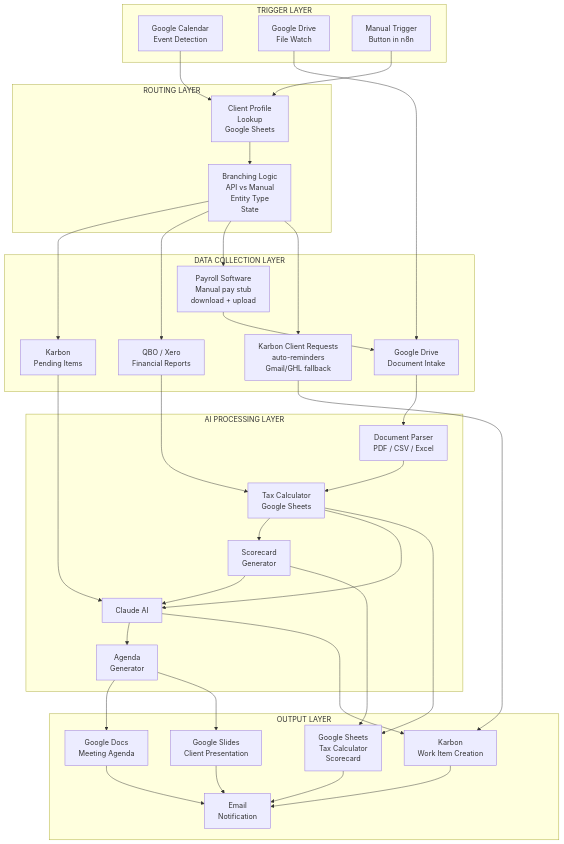
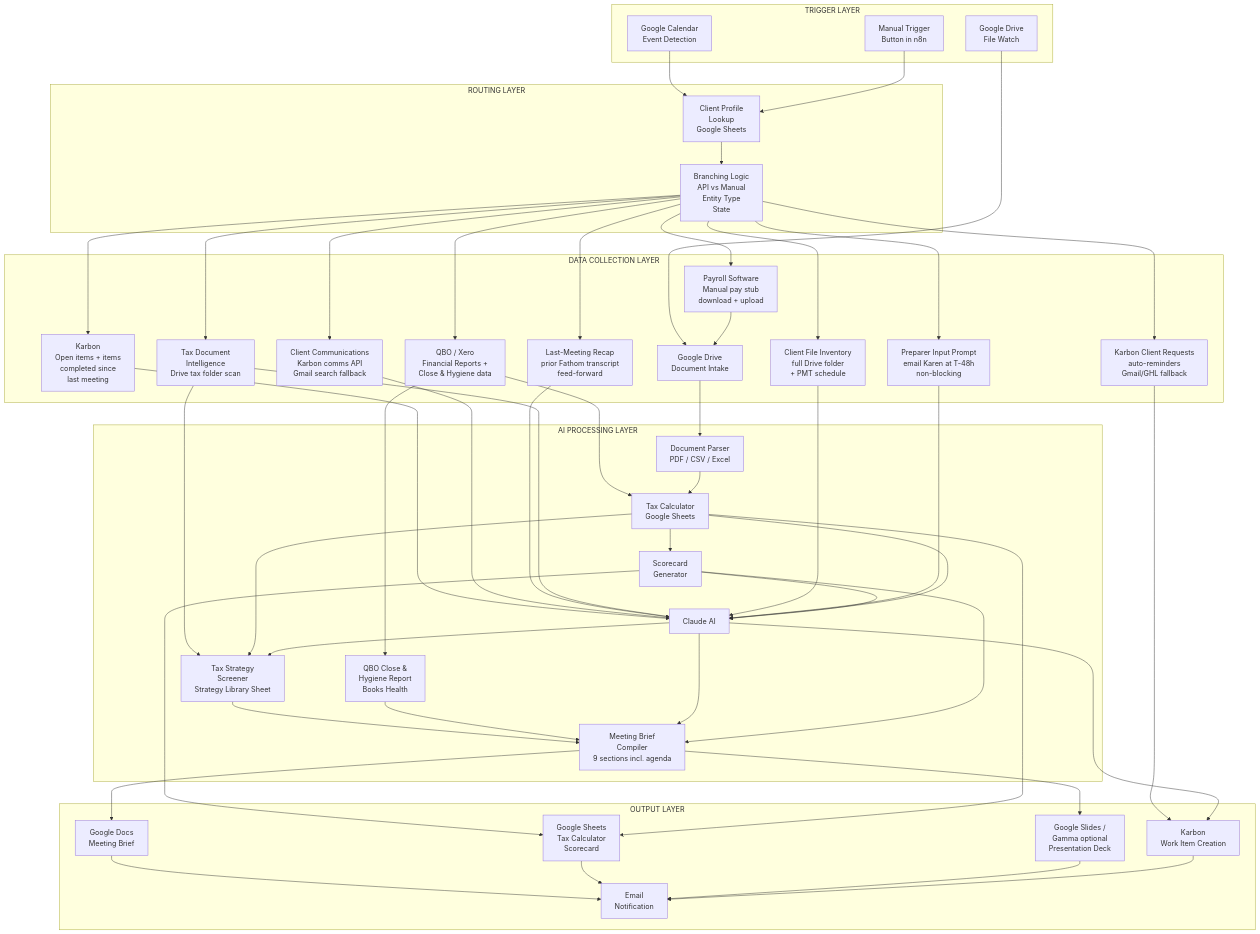
Before and after one commit to dkinvestments-art/n8n: the third of 27 diagrams in docs/quarterly-meeting-automation/05-Comprehensive-Workflow-Documentation.md, drawn with Mermaid. The commit also changed other lines of this file, not shown here.

First line of the commit message:
docs: Upgrade comprehensive workflow doc to v2.0 full client intelligence

```diff
--- a/docs/quarterly-meeting-automation/05-Comprehensive-Workflow-Documentation.md
+++ b/docs/quarterly-meeting-automation/05-Comprehensive-Workflow-Documentation.md
@@ -178,11 +197,16 @@
     end
 
     subgraph COLLECTION["DATA COLLECTION LAYER"]
-        KARBON[Karbon<br/>Pending Items]
-        QBO[QBO / Xero<br/>Financial Reports]
+        KARBON[Karbon<br/>Open items + items<br/>completed since<br/>last meeting]
+        QBO[QBO / Xero<br/>Financial Reports +<br/>Close & Hygiene data]
         PAYROLL[Payroll Software<br/>Manual pay stub<br/>download + upload]
         EMAIL[Karbon Client Requests<br/>auto-reminders<br/>Gmail/GHL fallback]
         INTAKE[Google Drive<br/>Document Intake]
+        COMMS[Client Communications<br/>Karbon comms API<br/>Gmail search fallback]
+        RECAP[Last-Meeting Recap<br/>prior Fathom transcript<br/>feed-forward]
+        TAXDOCS[Tax Document<br/>Intelligence<br/>Drive tax folder scan]
+        INVENTORY[Client File Inventory<br/>full Drive folder<br/>+ PMT schedule]
+        KAREN_IN[Preparer Input Prompt<br/>email Karen at T-48h<br/>non-blocking]
     end
 
     subgraph PROCESSING["AI PROCESSING LAYER"]
@@ -190,13 +214,15 @@
         PARSE[Document Parser<br/>PDF / CSV / Excel]
         CALC[Tax Calculator<br/>Google Sheets]
         SCORE[Scorecard<br/>Generator]
-        AGENDA[Agenda<br/>Generator]
+        SCREENER[Tax Strategy<br/>Screener<br/>Strategy Library Sheet]
+        HYGIENE[QBO Close &<br/>Hygiene Report<br/>Books Health]
+        BRIEF[Meeting Brief<br/>Compiler<br/>9 sections incl. agenda]
     end
 
     subgraph OUTPUT["OUTPUT LAYER"]
-        GDOC[Google Docs<br/>Meeting Agenda]
+        GDOC[Google Docs<br/>Meeting Brief]
         GSHEET[Google Sheets<br/>Tax Calculator<br/>Scorecard]
-        GSLIDE[Google Slides<br/>Client Presentation]
+        GSLIDE[Google Slides /<br/>Gamma optional<br/>Presentation Deck]
         KARBON_WI[Karbon<br/>Work Item Creation]
         NOTIFY[Email<br/>Notification]
     end
@@ -209,18 +235,35 @@
     BRANCH --> QBO
     BRANCH --> PAYROLL
     BRANCH --> EMAIL
+    BRANCH --> COMMS
+    BRANCH --> RECAP
+    BRANCH --> TAXDOCS
+    BRANCH --> INVENTORY
+    BRANCH --> KAREN_IN
     PAYROLL --> INTAKE
     INTAKE --> PARSE
     KARBON --> CLAUDE
     QBO --> CALC
+    QBO --> HYGIENE
     PARSE --> CALC
     EMAIL --> KARBON_WI
+    COMMS --> CLAUDE
+    RECAP --> CLAUDE
+    TAXDOCS --> CLAUDE
+    INVENTORY --> CLAUDE
+    KAREN_IN --> CLAUDE
     CALC --> SCORE
     CALC --> CLAUDE
     SCORE --> CLAUDE
-    CLAUDE --> AGENDA
-    AGENDA --> GDOC
-    AGENDA --> GSLIDE
+    TAXDOCS --> SCREENER
+    CALC --> SCREENER
+    CLAUDE --> SCREENER
+    SCREENER --> BRIEF
+    HYGIENE --> BRIEF
+    CLAUDE --> BRIEF
+    SCORE --> BRIEF
+    BRIEF --> GDOC
+    BRIEF --> GSLIDE
     SCORE --> GSHEET
     CALC --> GSHEET
     CLAUDE --> KARBON_WI
```
